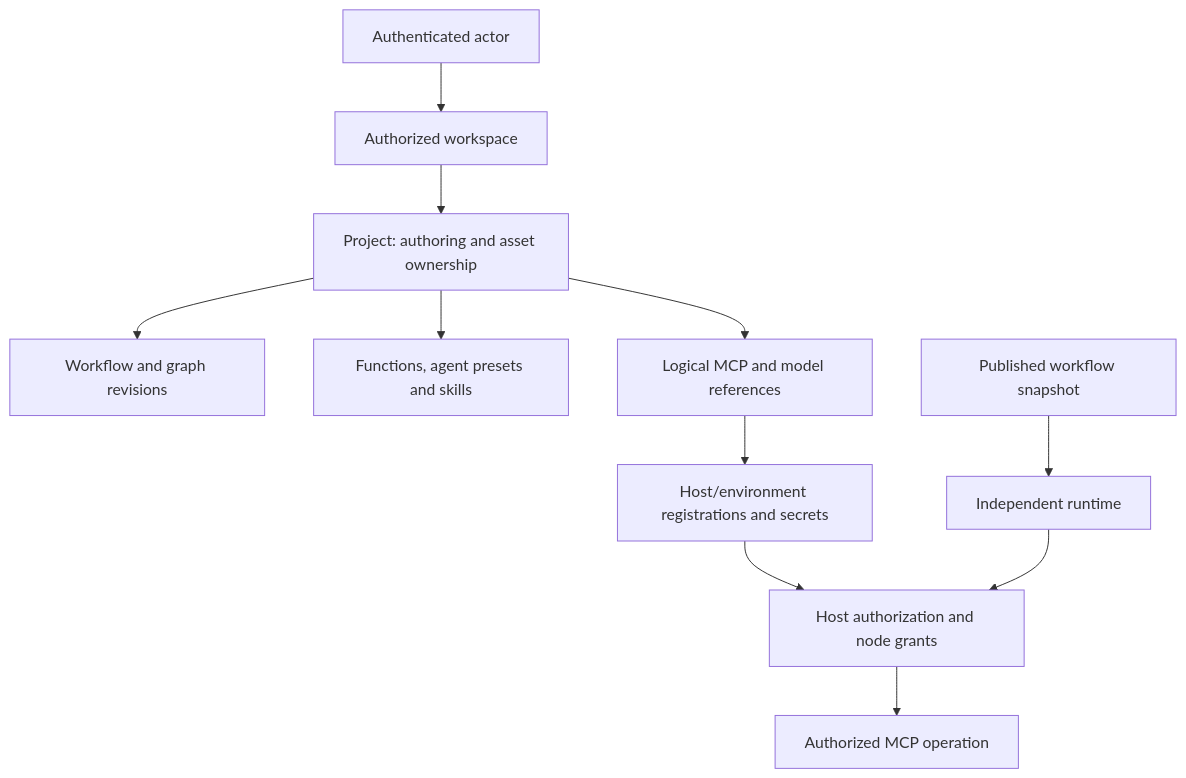
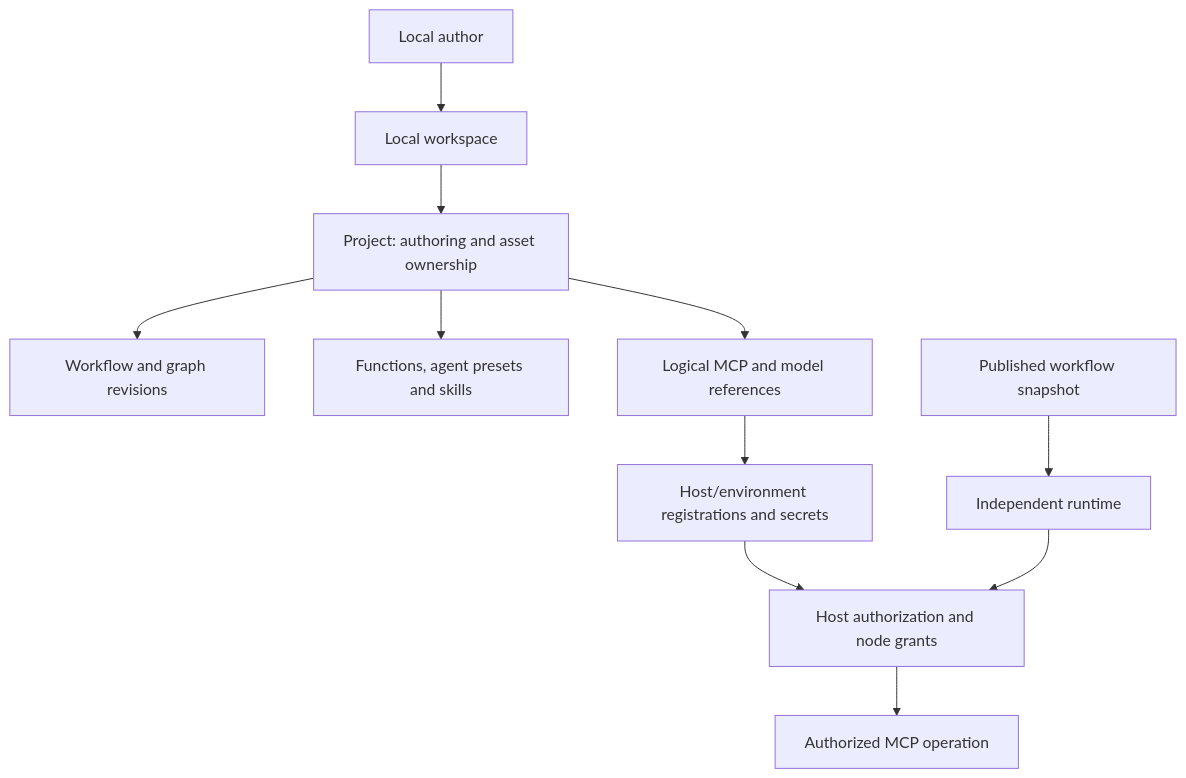
One commit to gnalvesteffer/visual-agent-workflow changed the fourth of 4 diagrams in docs/design.md. Above: the diagram before and after it, drawn with Mermaid. The commit also changed other lines of this file and 26 other files, not shown here.

````diff
--- a/docs/design.md
+++ b/docs/design.md
@@ -282,13 +282,13 @@
 ```mermaid
 flowchart TB
-    Actor["Authenticated actor"] --> Workspace["Authorized workspace"]
+    Author["Local author"] --> Workspace["Local workspace"]
     Workspace --> Project["Project: authoring and asset ownership"]
     Project --> Workflows["Workflow and graph revisions"]
     Project --> Reusable["Functions, agent presets and skills"]
     Project --> References["Logical MCP and model references"]
     References --> Environment["Host/environment registrations and secrets"]
     Workflow["Published workflow snapshot"] --> Runtime["Independent runtime"]
     Environment --> Policy["Host authorization and node grants"]
     Runtime --> Policy
     Policy --> MCP["Authorized MCP operation"]
 ```
````
